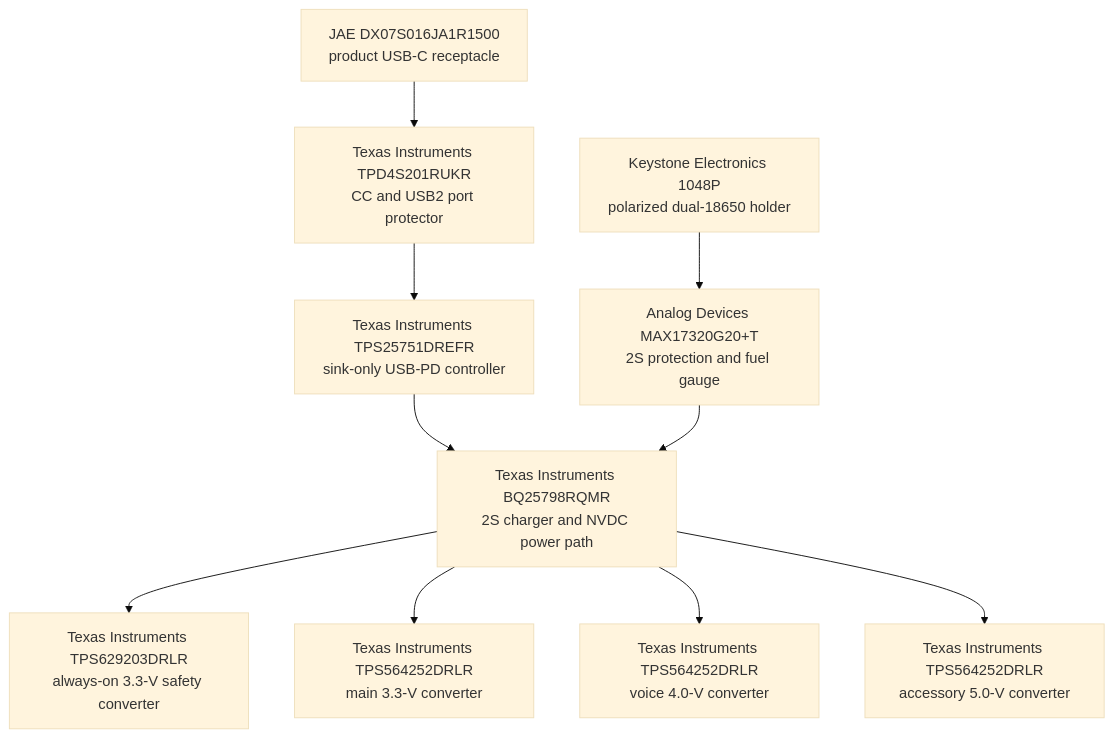
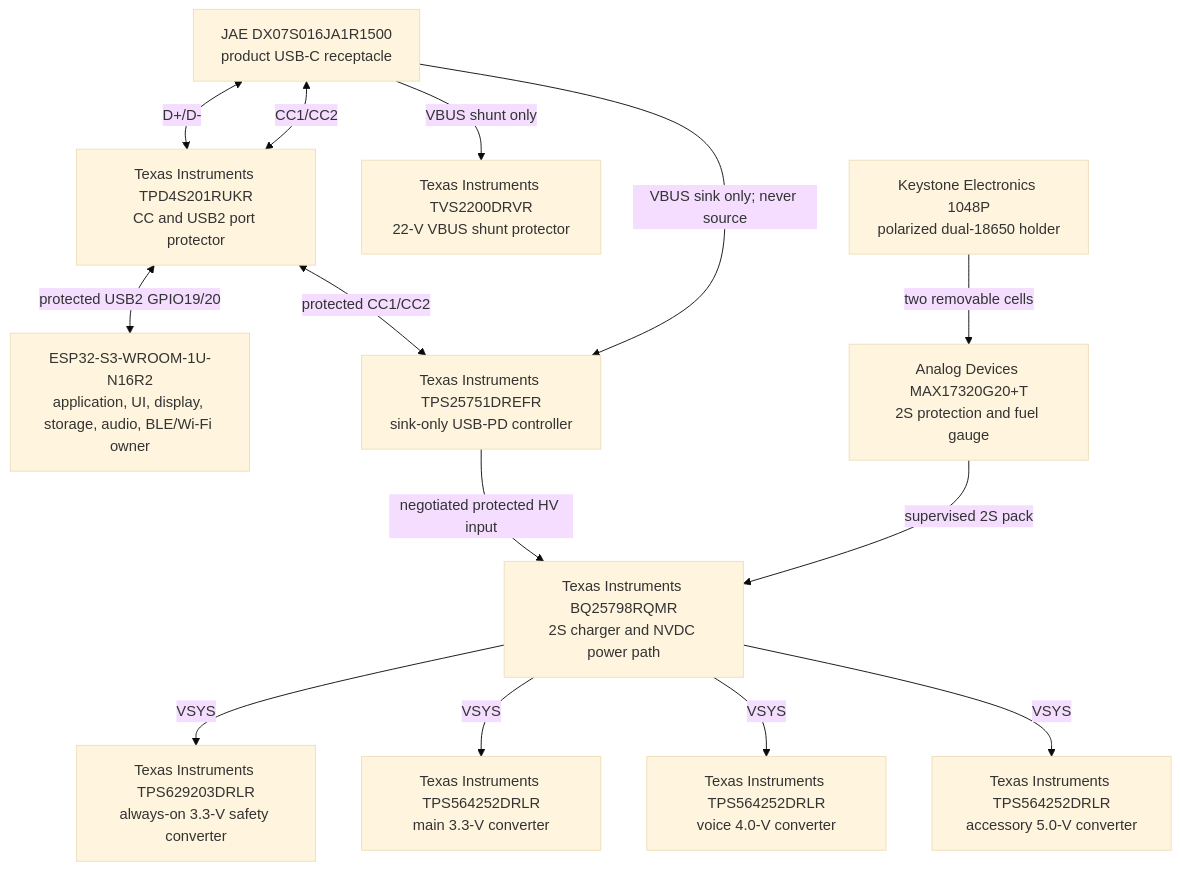
The fifth of 5 diagrams in README.md (anton-vinogradov/esp32-leshy2), drawn with Mermaid (base theme) before and after one commit. The commit also changed 18 other files, not shown here.

````diff
--- a/README.md
+++ b/README.md
@@ -247,19 +247,25 @@
 ```mermaid
 flowchart TD
 PRODUCT_USB_CONNECTOR["JAE DX07S016JA1R1500<br/>product USB-C receptacle"]
 PRODUCT_USB_PROTECTOR["Texas Instruments TPD4S201RUKR<br/>CC and USB2 port protector"]
+S3["ESP32-S3-WROOM-1U-N16R2<br/>application, UI, display, storage, audio, BLE/Wi-Fi owner"]
+PD_VBUS_TVS["Texas Instruments TVS2200DRVR<br/>22-V VBUS shunt protector"]
 PD_CONTROLLER["Texas Instruments TPS25751DREFR<br/>sink-only USB-PD controller"]
 NVDC_CHARGER["Texas Instruments BQ25798RQMR<br/>2S charger and NVDC power path"]
 PACK_HOLDER["Keystone Electronics 1048P<br/>polarized dual-18650 holder"]
 PACK_GAUGE["Analog Devices MAX17320G20+T<br/>2S protection and fuel gauge"]
 AON_BUCK["Texas Instruments TPS629203DRLR<br/>always-on 3.3-V safety converter"]
 MAIN_BUCK["Texas Instruments TPS564252DRLR<br/>main 3.3-V converter"]
 VOICE_BUCK["Texas Instruments TPS564252DRLR<br/>voice 4.0-V converter"]
 EXT_BUCK["Texas Instruments TPS564252DRLR<br/>accessory 5.0-V converter"]
-  PRODUCT_USB_CONNECTOR --> PRODUCT_USB_PROTECTOR --> PD_CONTROLLER --> NVDC_CHARGER
-  PACK_HOLDER --> PACK_GAUGE --> NVDC_CHARGER
-  NVDC_CHARGER --> AON_BUCK
-  NVDC_CHARGER --> MAIN_BUCK
-  NVDC_CHARGER --> VOICE_BUCK
-  NVDC_CHARGER --> EXT_BUCK
+  PRODUCT_USB_CONNECTOR <-->|"D+/D-"| PRODUCT_USB_PROTECTOR <-->|"protected USB2 GPIO19/20"| S3
+  PRODUCT_USB_CONNECTOR <-->|"CC1/CC2"| PRODUCT_USB_PROTECTOR <-->|"protected CC1/CC2"| PD_CONTROLLER
+  PRODUCT_USB_CONNECTOR -->|"VBUS sink only; never source"| PD_CONTROLLER
+  PRODUCT_USB_CONNECTOR -->|"VBUS shunt only"| PD_VBUS_TVS
+  PD_CONTROLLER -->|"negotiated protected HV input"| NVDC_CHARGER
+  PACK_HOLDER -->|"two removable cells"| PACK_GAUGE -->|"supervised 2S pack"| NVDC_CHARGER
+  NVDC_CHARGER -->|"VSYS"| AON_BUCK
+  NVDC_CHARGER -->|"VSYS"| MAIN_BUCK
+  NVDC_CHARGER -->|"VSYS"| VOICE_BUCK
+  NVDC_CHARGER -->|"VSYS"| EXT_BUCK
 ```
````
